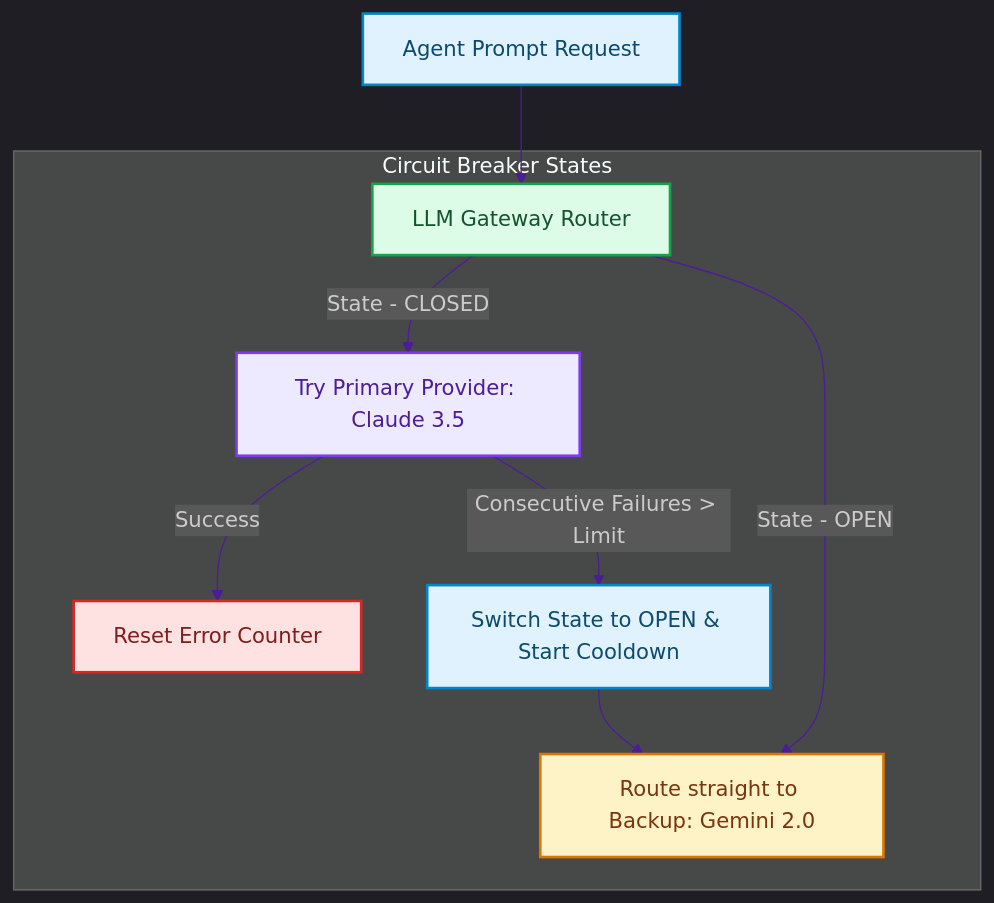
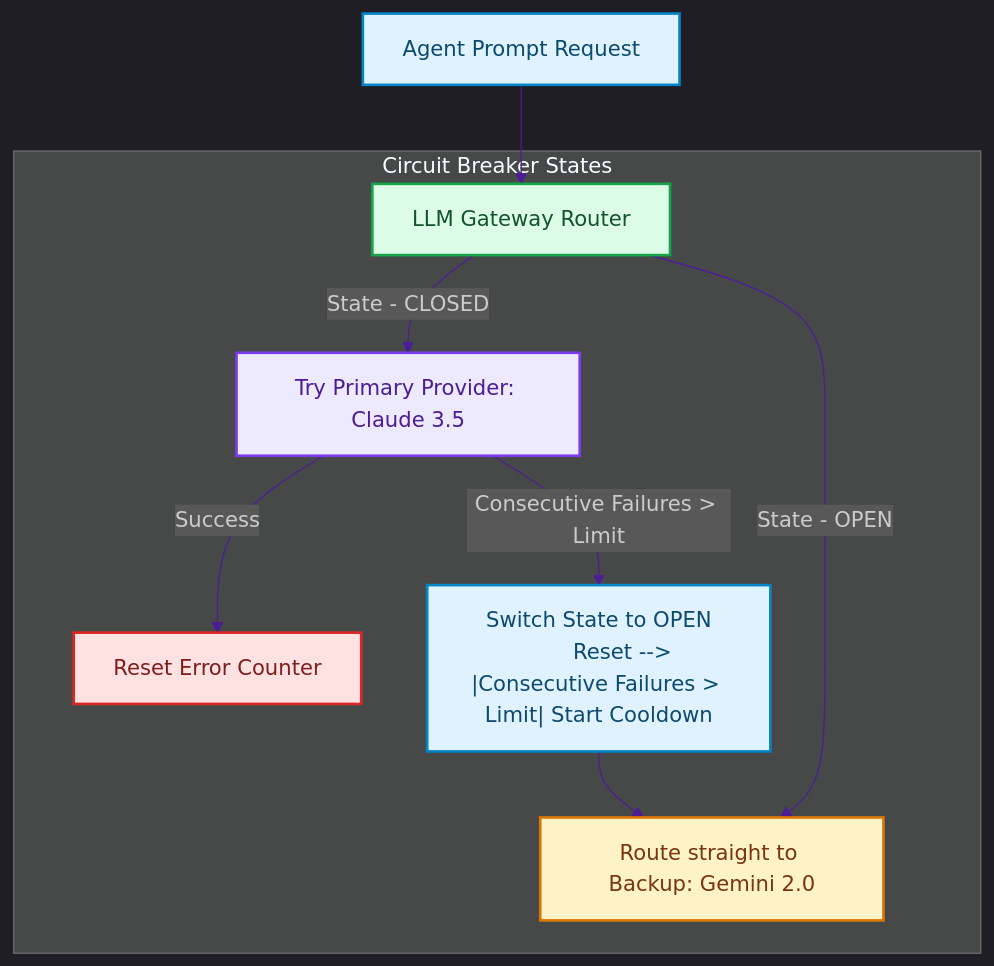
The diagram in blog/posts/system-design-llm-gateway-router-resilience.md (akmalkhaniub/akmalkhaniub.github.io), drawn with Mermaid before and after one commit. The commit also changed 894 other files, not shown here.

Commit message:
feat(blog): upgrade all 444 posts with unique staggered dates, 2-col Mermaid spines, benchmark tables, code blocks, and trade-offs

````diff
--- a/blog/posts/system-design-llm-gateway-router-resilience.md
+++ b/blog/posts/system-design-llm-gateway-router-resilience.md
@@ -20,26 +20,27 @@
 ```mermaid
 %%{init: {'theme': 'dark', 'themeVariables': { 'primaryColor': '#4c1d95', 'primaryTextColor': '#f3f4f6', 'primaryBorderColor': '#8b5cf6', 'lineColor': '#4c1d95', 'secondaryColor': '#111827', 'tertiaryColor': '#0b0f19'}}}%%
 flowchart TD
     Request["Agent Prompt Request"] --> Gate["LLM Gateway Router"]
     
     subgraph SG1_CircuitBreakerStates ["Circuit Breaker States"]
         Gate -->|State - CLOSED| CallPrimary["Try Primary Provider: Claude 3.5"]
         Gate -->|State - OPEN| Failover["Route straight to Backup: Gemini 2.0"]
         
         CallPrimary -->|Success| Reset["Reset Error Counter"]
-        CallPrimary -->|Consecutive Failures > Limit| OpenBreaker["Switch State to OPEN & Start Cooldown"]
+        CallPrimary --> |Consecutive Failures > Limit| OpenBreaker["Switch State to OPEN
+        Reset --> |Consecutive Failures > Limit| Start Cooldown"]
         
         OpenBreaker --> Failover
     end
 
 classDef green fill:#dcfce7,stroke:#16a34a,stroke-width:2px,color:#14532d;
 classDef red fill:#fee2e2,stroke:#dc2626,stroke-width:2px,color:#7f1d1d;
 classDef blue fill:#e0f2fe,stroke:#0284c7,stroke-width:2px,color:#0c4a6e;
 classDef yellow fill:#fef3c7,stroke:#d97706,stroke-width:2px,color:#78350f;
 classDef purple fill:#ede9fe,stroke:#7c3aed,stroke-width:2px,color:#4c1d95;
 class Request,OpenBreaker blue
 class Gate green
 class CallPrimary purple
 class Failover yellow
 class Reset red
 ```
````
